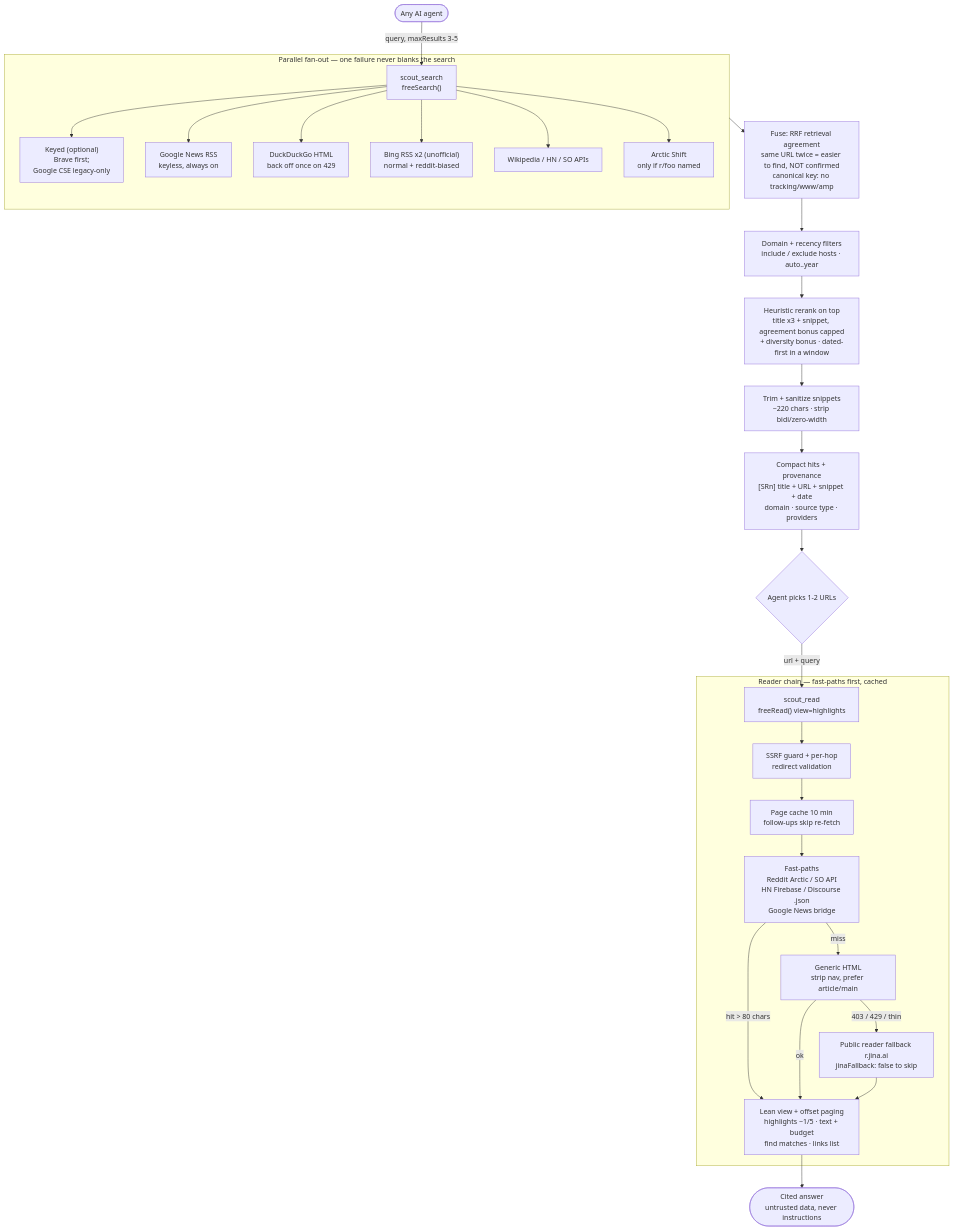
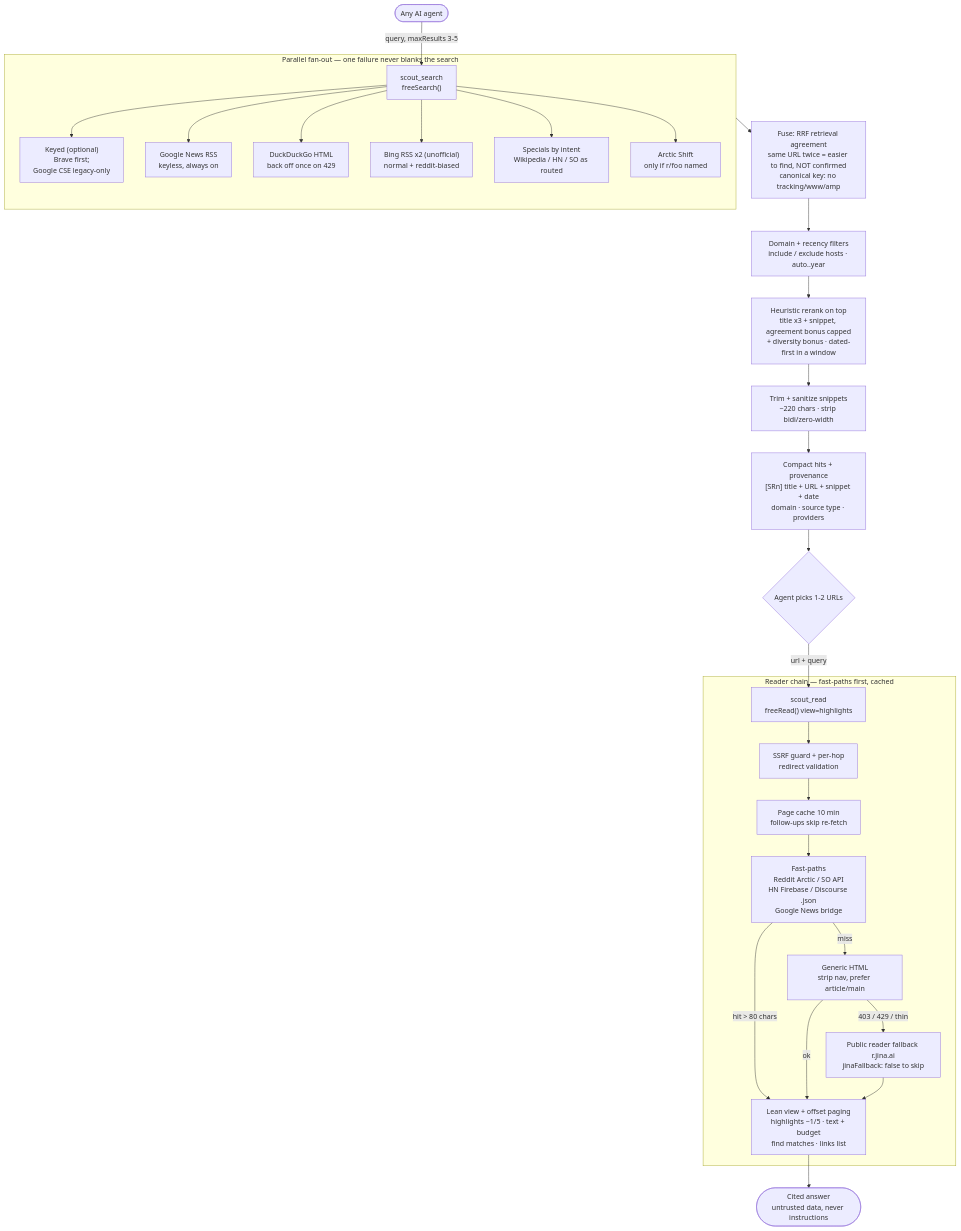
The diagram in README.md (LastElbow/Scout-dsh), drawn with Mermaid before and after one commit. The commit also changed other lines of this file and 6 other files, not shown here.

````diff
--- a/README.md
+++ b/README.md
@@ -17,35 +17,35 @@
 ```mermaid
 flowchart TD
     Agent(["Any AI agent"]) -->|query, maxResults 3-5| S["scout_search<br/>freeSearch()"]
 
     subgraph Fanout ["Parallel fan-out — one failure never blanks the search"]
         S --> K["Keyed (optional)<br/>Brave first;<br/>Google CSE legacy-only"]
         S --> N["Google News RSS<br/>keyless, always on"]
         S --> D["DuckDuckGo HTML<br/>back off once on 429"]
         S --> B["Bing RSS x2 (unofficial)<br/>normal + reddit-biased"]
-        S --> W["Wikipedia / HN / SO APIs"]
+        S --> W["Specials by intent<br/>Wikipedia / HN / SO as routed"]
         S --> A["Arctic Shift<br/>only if r/foo named"]
     end
 
     Fanout --> I["Fuse: RRF retrieval agreement<br/>same URL twice = easier to find, NOT confirmed<br/>canonical key: no tracking/www/amp"]
     I --> F["Domain + recency filters<br/>include / exclude hosts · auto..year"]
     F --> R["Heuristic rerank on top<br/>title x3 + snippet, agreement bonus capped<br/>+ diversity bonus · dated-first in a window"]
     R --> T["Trim + sanitize snippets<br/>~220 chars · strip bidi/zero-width"]
     T --> Hits["Compact hits + provenance<br/>[SRn] title + URL + snippet + date<br/>domain · source type · providers"]
 
     Hits --> Pick{"Agent picks 1-2 URLs"}
     Pick -->|url + query| RD["scout_read<br/>freeRead() view=highlights"]
 
     subgraph Reader ["Reader chain — fast-paths first, cached"]
         RD --> Guard["SSRF guard + per-hop<br/>redirect validation"]
         Guard --> Cache["Page cache 10 min<br/>follow-ups skip re-fetch"]
         Cache --> Fast["Fast-paths<br/>Reddit Arctic / SO API<br/>HN Firebase / Discourse .json<br/>Google News bridge"]
         Fast -->|hit > 80 chars| Lean
         Fast -->|miss| Gen["Generic HTML<br/>strip nav, prefer article/main"]
         Gen -->|ok| Lean["Lean view + offset paging<br/>highlights ~1/5 · text + budget<br/>find matches · links list"]
         Gen -->|403 / 429 / thin| Jina["Public reader fallback r.jina.ai<br/>jinaFallback: false to skip"]
         Jina --> Lean
     end
 
     Lean --> Answer(["Cited answer<br/>untrusted data, never instructions"])
 ```
````
